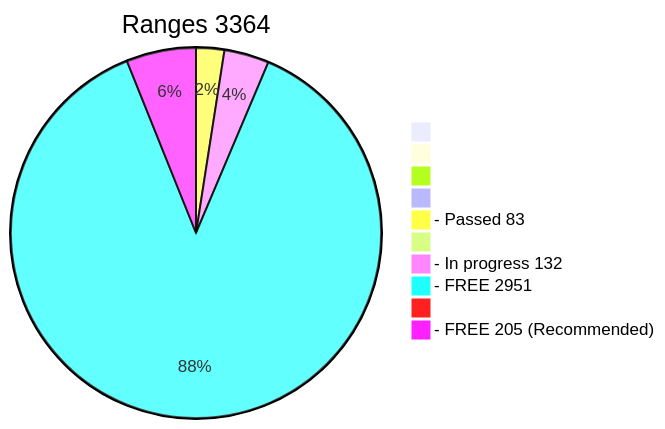
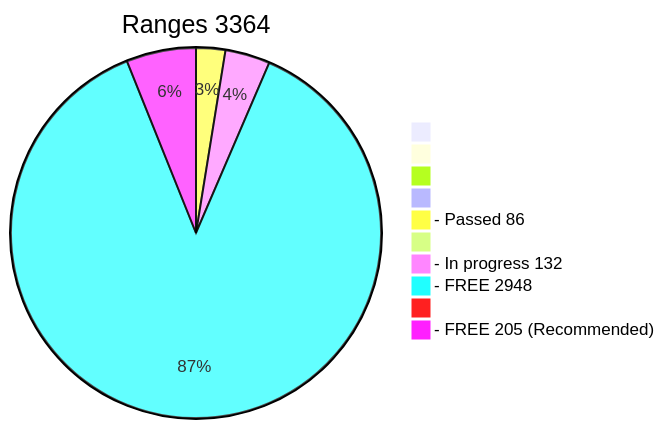
One commit to phrutis/wif500 changed the diagram in x64/Release/table.md. Above: the diagram before and after it, drawn with Mermaid. The commit also changed other lines of this file, not shown here.

````diff
--- a/x64/Release/table.md
+++ b/x64/Release/table.md
@@ -3,13 +3,13 @@
 ```mermaid
 pie title Ranges 3364
   " " : 0
   "  " : 0
   "   " : 0
   "    " : 0
-  "- Passed 83" : 83
+  "- Passed 86" : 86
   "     " : 0
   "- In progress 132" : 132
-  "- FREE 2951" : 2951
+  "- FREE 2948" : 2948
   "      " : 0
   "- FREE 205 (Recommended)" : 205
 ```
````
